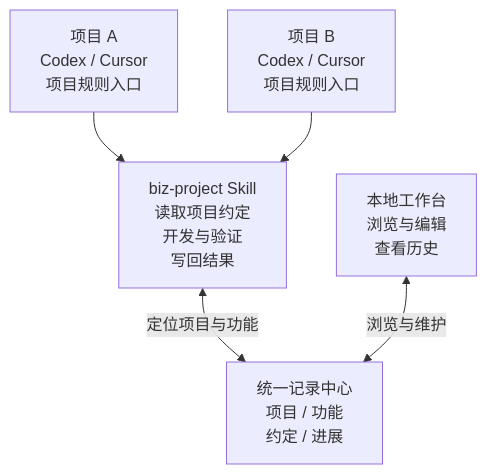
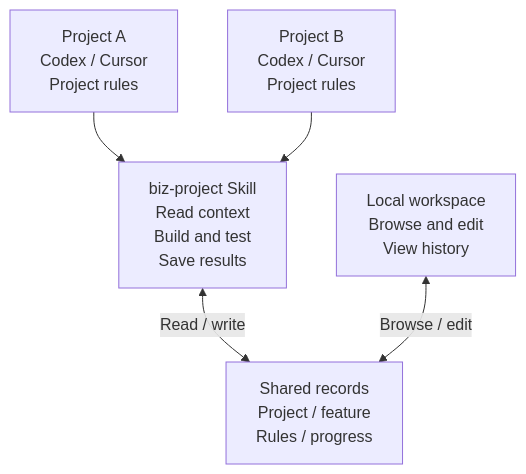
One commit to wnagchi/biz-project changed the diagram in README.md. Above: the diagram before and after it, drawn with Mermaid. The commit also changed other lines of this file and 6 other files, not shown here.

````diff
--- a/README.md
+++ b/README.md
@@ -37,12 +42,12 @@
 ```mermaid
 flowchart TB
-    A["项目 A<br/>Codex / Cursor<br/>项目规则入口"]
-    B["项目 B<br/>Codex / Cursor<br/>项目规则入口"]
-    S["biz-project Skill<br/>读取项目约定<br/>开发与验证<br/>写回结果"]
-    R["统一记录中心<br/>项目 / 功能<br/>约定 / 进展"]
-    W["本地工作台<br/>浏览与编辑<br/>查看历史"]
+    A["Project A<br/>Codex / Cursor<br/>Project rules"]
+    B["Project B<br/>Codex / Cursor<br/>Project rules"]
+    S["biz-project Skill<br/>Read context<br/>Build and test<br/>Save results"]
+    R["Shared records<br/>Project / feature<br/>Rules / progress"]
+    W["Local workspace<br/>Browse and edit<br/>View history"]
     A --> S
     B --> S
-    S <-->|定位项目与功能| R
-    W <-->|浏览与维护| R
+    S <-->|Read / write| R
+    W <-->|Browse / edit| R
 ```
````
